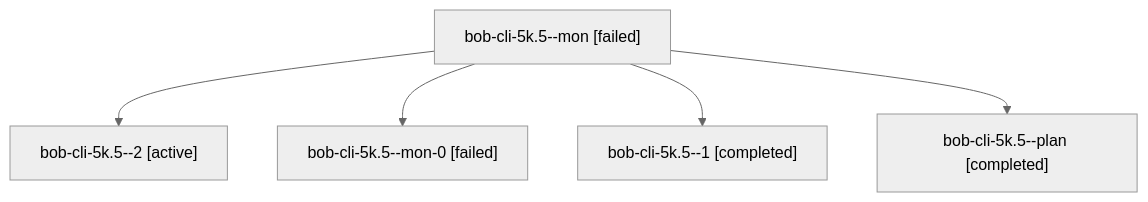
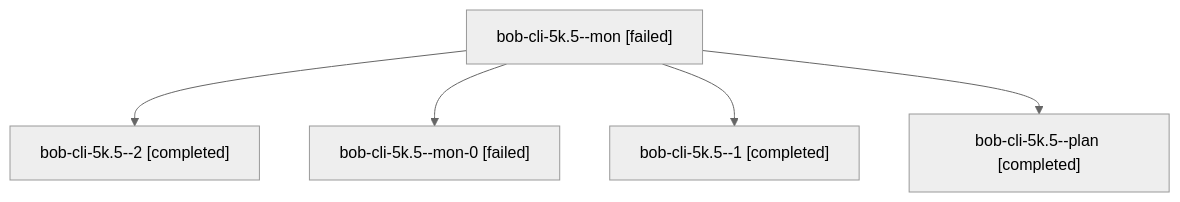
Before and after one commit to bobs-org/bob-cli--agents: the diagram in sessions/bbugyi200.athena.bob-cli-5k.5.md, drawn with Mermaid (neutral theme). The commit also changed other lines of this file and 40 other files, not shown here.

````diff
--- a/sessions/bbugyi200.athena.bob-cli-5k.5.md
+++ b/sessions/bbugyi200.athena.bob-cli-5k.5.md
@@ -9,12 +9,12 @@
 ```mermaid
 flowchart TD
   n0["bob-cli-5k.5--mon [failed]"]
-  n1["bob-cli-5k.5--2 [active]"]
+  n1["bob-cli-5k.5--2 [completed]"]
   n0 --> n1
   n2["bob-cli-5k.5--mon-0 [failed]"]
   n0 --> n2
   n3["bob-cli-5k.5--1 [completed]"]
   n0 --> n3
   n4["bob-cli-5k.5--plan [completed]"]
   n0 --> n4
 ```
````
